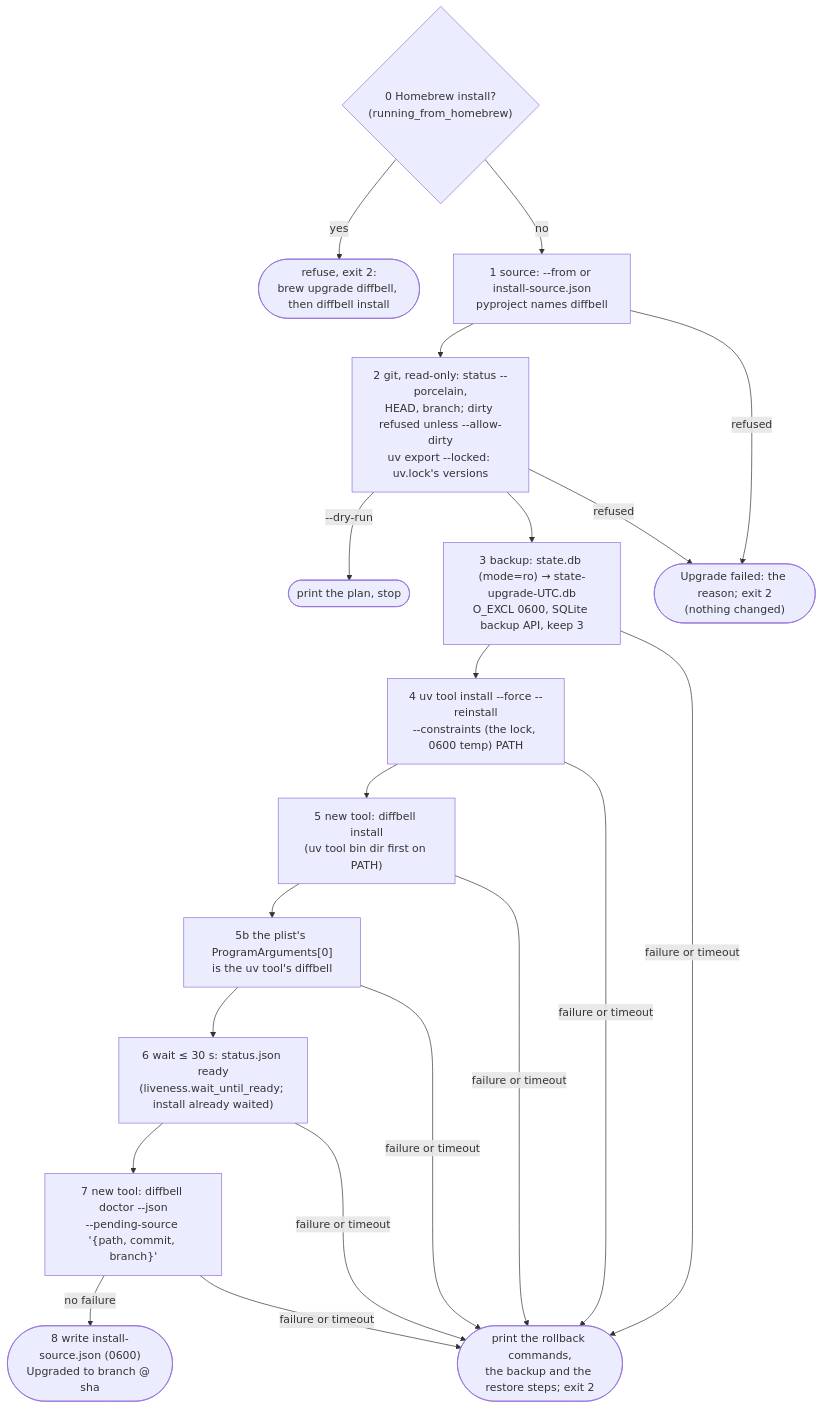
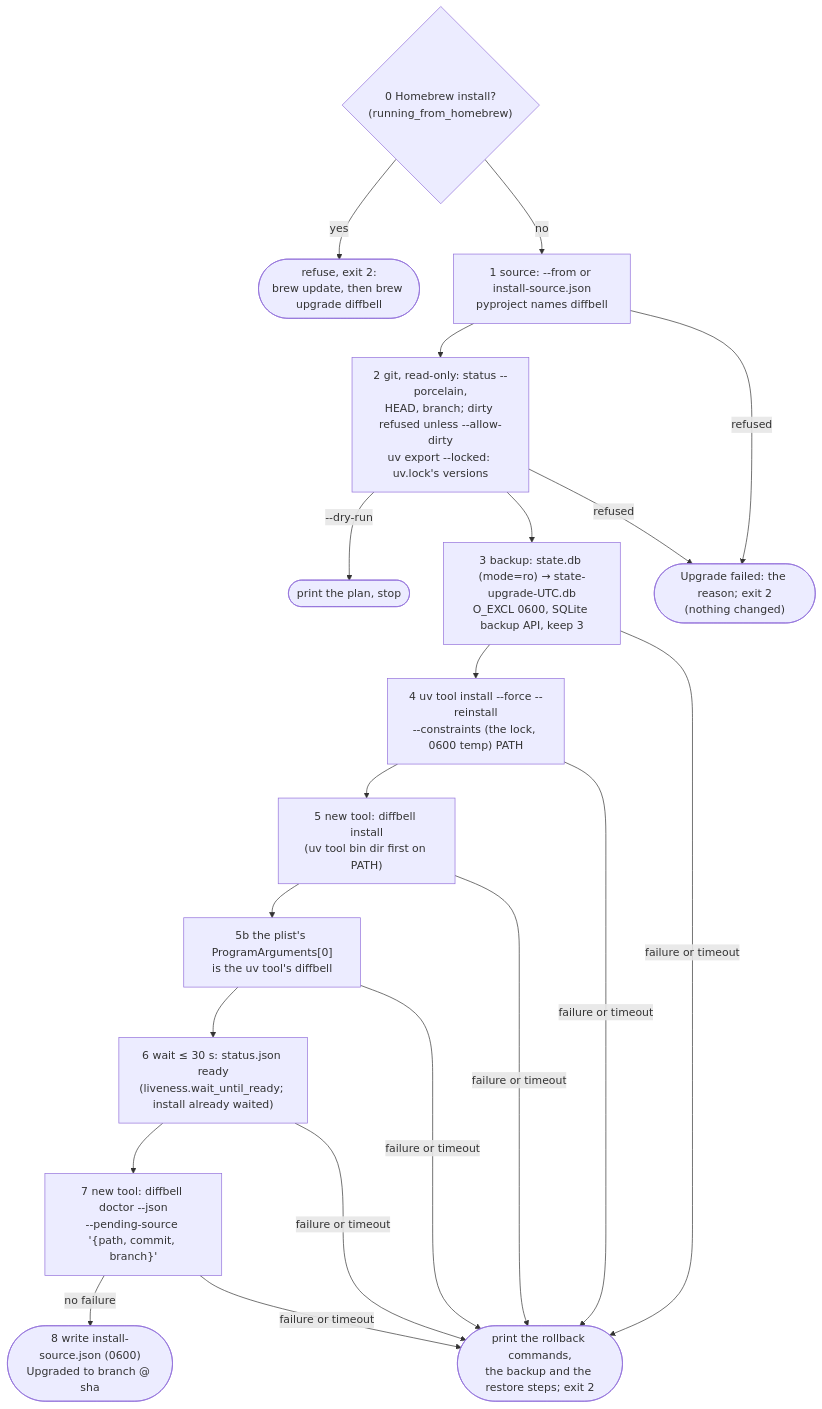
One commit to CodeTalks/diffbell changed diagram 19 of 20 in docs/architecture.md. Above: the diagram before and after it, drawn with Mermaid. The commit also changed 4 other files, not shown here.

First line of the commit message:
fix(upgrade): a Homebrew install's refusal names brew update, not diffbell install

````diff
--- a/docs/architecture.md
+++ b/docs/architecture.md
@@ -1420,16 +1420,16 @@
 ```mermaid
 flowchart TD
-    H{"0 Homebrew install?<br/>(running_from_homebrew)"} -->|yes| ZH(["refuse, exit 2:<br/>brew upgrade diffbell, then diffbell install"])
+    H{"0 Homebrew install?<br/>(running_from_homebrew)"} -->|yes| ZH(["refuse, exit 2:<br/>brew update, then brew upgrade diffbell"])
     H -->|no| A
     A["1 source: --from or install-source.json<br/>pyproject names diffbell"] --> B["2 git, read-only: status --porcelain,<br/>HEAD, branch; dirty refused unless --allow-dirty<br/>uv export --locked: uv.lock's versions"]
     B -->|--dry-run| Z0([print the plan, stop])
     B --> C["3 backup: state.db (mode=ro) → state-upgrade-UTC.db<br/>O_EXCL 0600, SQLite backup API, keep 3"]
     C --> D["4 uv tool install --force --reinstall<br/>--constraints (the lock, 0600 temp) PATH"]
     D --> E["5 new tool: diffbell install<br/>(uv tool bin dir first on PATH)"]
     E --> P["5b the plist's ProgramArguments[0]<br/>is the uv tool's diffbell"]
     P --> F["6 wait ≤ 30 s: status.json ready<br/>(liveness.wait_until_ready; install already waited)"]
     F --> G["7 new tool: diffbell doctor --json<br/>--pending-source '{path, commit, branch}'"]
     G -->|no failure| OK(["8 write install-source.json (0600)<br/>Upgraded to branch @ sha"])
     A & B -->|refused| X(["Upgrade failed: the reason; exit 2<br/>(nothing changed)"])
     C & D & E & P & F & G -->|failure or timeout| R(["print the rollback commands,<br/>the backup and the restore steps; exit 2"])
 ```
````
